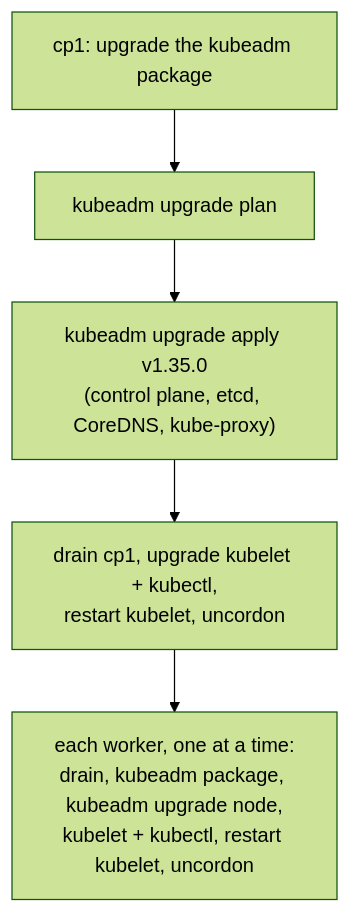
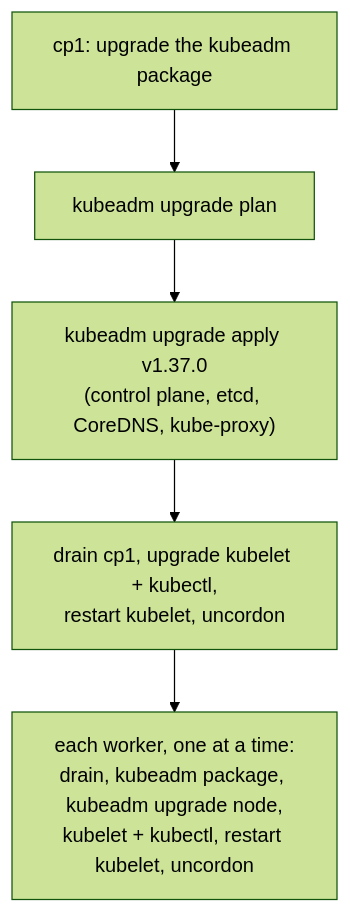
One commit to Mufabo/kubestronaut changed the diagram in chapters/19-upgrades-maintenance/19-upgrades-maintenance.md. Above: the diagram before and after it, drawn with Mermaid (forest theme). The commit also changed other lines of this file and 15 other files, not shown here.

````diff
--- a/chapters/19-upgrades-maintenance/19-upgrades-maintenance.md
+++ b/chapters/19-upgrades-maintenance/19-upgrades-maintenance.md
@@ -48,7 +48,7 @@
 ```mermaid
 flowchart TD
   A["cp1: upgrade the kubeadm package"] --> B["kubeadm upgrade plan"]
-  B --> C["kubeadm upgrade apply v1.35.0<br/>(control plane, etcd, CoreDNS, kube-proxy)"]
+  B --> C["kubeadm upgrade apply v1.37.0<br/>(control plane, etcd, CoreDNS, kube-proxy)"]
   C --> D["drain cp1, upgrade kubelet + kubectl,<br/>restart kubelet, uncordon"]
   D --> E["each worker, one at a time:<br/>drain, kubeadm package, kubeadm upgrade node,<br/>kubelet + kubectl, restart kubelet, uncordon"]
 ```
````
